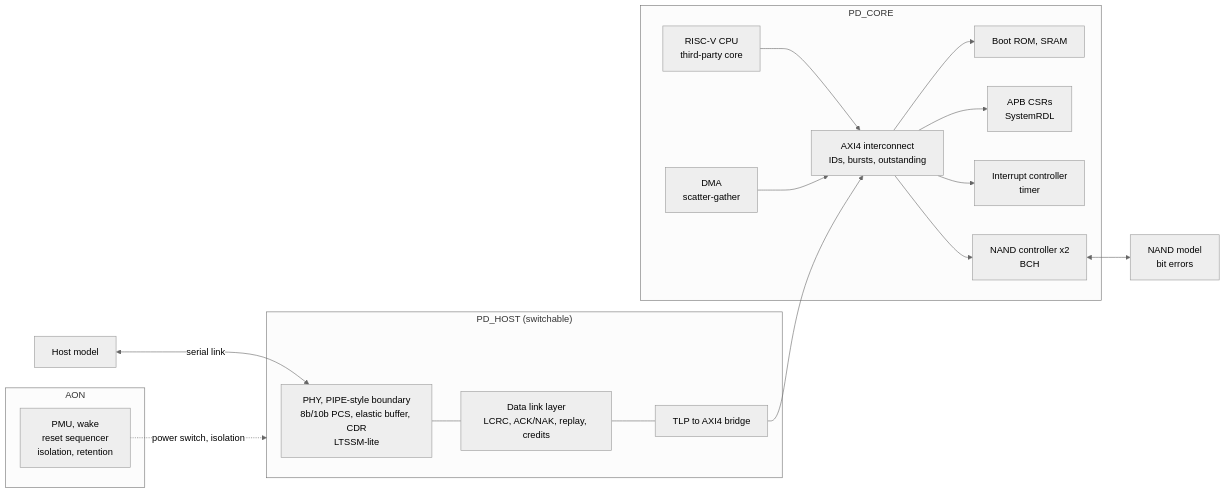
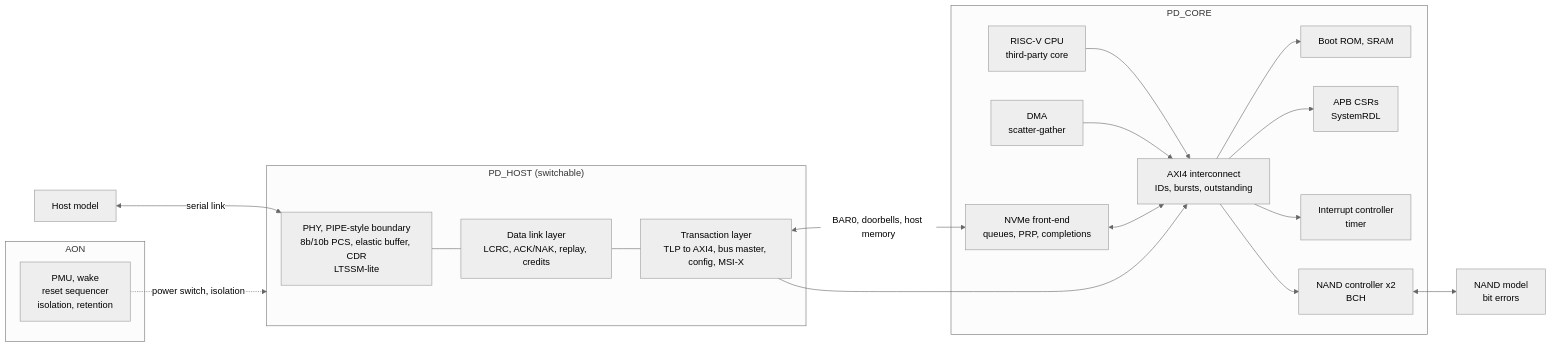
Before and after one commit to yhkwon-git/Storage_SoC: the diagram in README.md, drawn with Mermaid (neutral theme). The commit also changed other lines of this file, not shown here.

First line of the commit message:
Roadmap: NVMe front-end in phase 2, ahead of the serial link.

````diff
--- a/README.md
+++ b/README.md
@@ -24,31 +24,34 @@
 ```mermaid
 flowchart LR
   HOST["Host model"] <-->|serial link| PHY
   subgraph PDH["PD_HOST (switchable)"]
     PHY["PHY, PIPE-style boundary<br/>8b/10b PCS, elastic buffer, CDR<br/>LTSSM-lite"]
     DLL["Data link layer<br/>LCRC, ACK/NAK, replay, credits"]
-    TLB["TLP to AXI4 bridge"]
+    TLB["Transaction layer<br/>TLP to AXI4, bus master, config, MSI-X"]
     PHY --- DLL --- TLB
   end
   subgraph PDC["PD_CORE"]
+    NVME["NVMe front-end<br/>queues, PRP, completions"]
     CPU["RISC-V CPU<br/>third-party core"]
     DMA["DMA<br/>scatter-gather"]
     XBAR["AXI4 interconnect<br/>IDs, bursts, outstanding"]
     MEM["Boot ROM, SRAM"]
     CSR["APB CSRs<br/>SystemRDL"]
     INTC["Interrupt controller<br/>timer"]
     NAND["NAND controller x2<br/>BCH"]
     CPU --> XBAR
     DMA --> XBAR
+    NVME <--> XBAR
     XBAR --> MEM
     XBAR --> CSR
     XBAR --> INTC
     XBAR --> NAND
   end
   subgraph AON["AON"]
     PMU["PMU, wake<br/>reset sequencer<br/>isolation, retention"]
   end
   TLB --> XBAR
+  TLB <-->|BAR0, doorbells, host memory| NVME
   NAND <--> NM["NAND model<br/>bit errors"]
   PMU -. power switch, isolation .-> PDH
 ```
````
